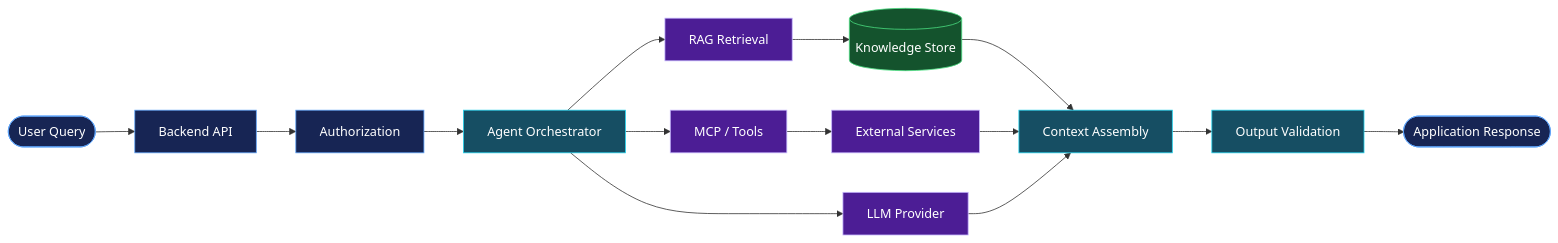
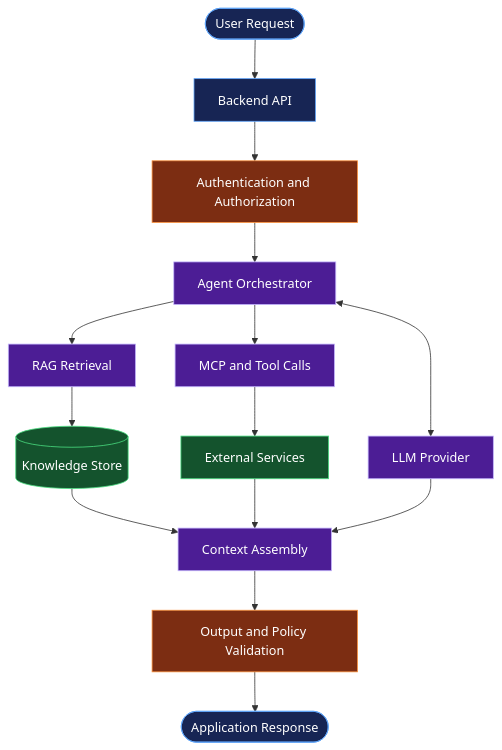
The second of 3 diagrams in README.md (Aravindan-001/Aravindan-001), drawn with Mermaid before and after one commit. The commit also changed other lines of this file, not shown here.

````diff
--- a/README.md
+++ b/README.md
@@ -326,30 +404,46 @@
 ```mermaid
-flowchart LR
-    Q(["User Query"]) --> API["Backend API"]
-    API --> AUTH["Authorization"]
-    AUTH --> AGENT["Agent Orchestrator"]
+flowchart TD
+    USER([User Request])
+    API[Backend API]
+    GUARD[Authentication and Authorization]
+    ORCH[Agent Orchestrator]
 
-    AGENT --> RAG["RAG Retrieval"]
-    AGENT --> MCP["MCP / Tools"]
-    AGENT --> LLM["LLM Provider"]
+    MODEL[LLM Provider]
+    RETRIEVE[RAG Retrieval]
+    MCP[MCP and Tool Calls]
 
-    RAG --> KNOWLEDGE[("Knowledge Store")]
-    MCP --> SERVICES["External Services"]
+    KNOWLEDGE[(Knowledge Store)]
+    SERVICES[External Services]
 
-    KNOWLEDGE --> CONTEXT["Context Assembly"]
+    CONTEXT[Context Assembly]
+    VALIDATE[Output and Policy Validation]
+    RESPONSE([Application Response])
+
+    USER --> API
+    API --> GUARD
+    GUARD --> ORCH
+
+    ORCH <--> MODEL
+    ORCH --> RETRIEVE
+    ORCH --> MCP
+
+    RETRIEVE --> KNOWLEDGE
+    MCP --> SERVICES
+
+    KNOWLEDGE --> CONTEXT
     SERVICES --> CONTEXT
-    LLM --> CONTEXT
+    MODEL --> CONTEXT
 
-    CONTEXT --> CHECK["Output Validation"]
-    CHECK --> RESULT(["Application Response"])
+    CONTEXT --> VALIDATE
+    VALIDATE --> RESPONSE
 
-    classDef input fill:#172554,stroke:#60A5FA,color:#FFFFFF
-    classDef process fill:#164E63,stroke:#22D3EE,color:#FFFFFF
-    classDef ai fill:#4C1D95,stroke:#C4B5FD,color:#FFFFFF
-    classDef data fill:#14532D,stroke:#4ADE80,color:#FFFFFF
+    classDef entry fill:#172554,stroke:#60A5FA,color:#fff
+    classDef orchestrate fill:#4C1D95,stroke:#C4B5FD,color:#fff
+    classDef storage fill:#14532D,stroke:#4ADE80,color:#fff
+    classDef security fill:#7C2D12,stroke:#FB923C,color:#fff
 
-    class Q,API,AUTH,RESULT input
-    class AGENT,CONTEXT,CHECK process
-    class RAG,MCP,LLM,SERVICES ai
-    class KNOWLEDGE data
+    class USER,API,RESPONSE entry
+    class ORCH,MODEL,RETRIEVE,MCP,CONTEXT orchestrate
+    class KNOWLEDGE,SERVICES storage
+    class GUARD,VALIDATE security
 ```
````
